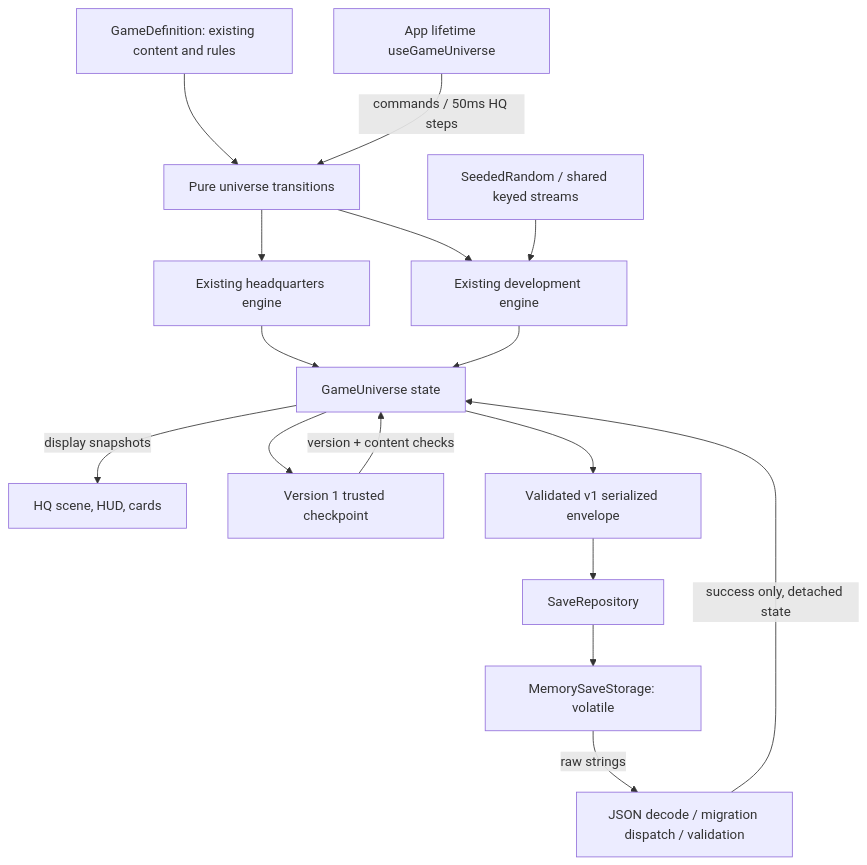
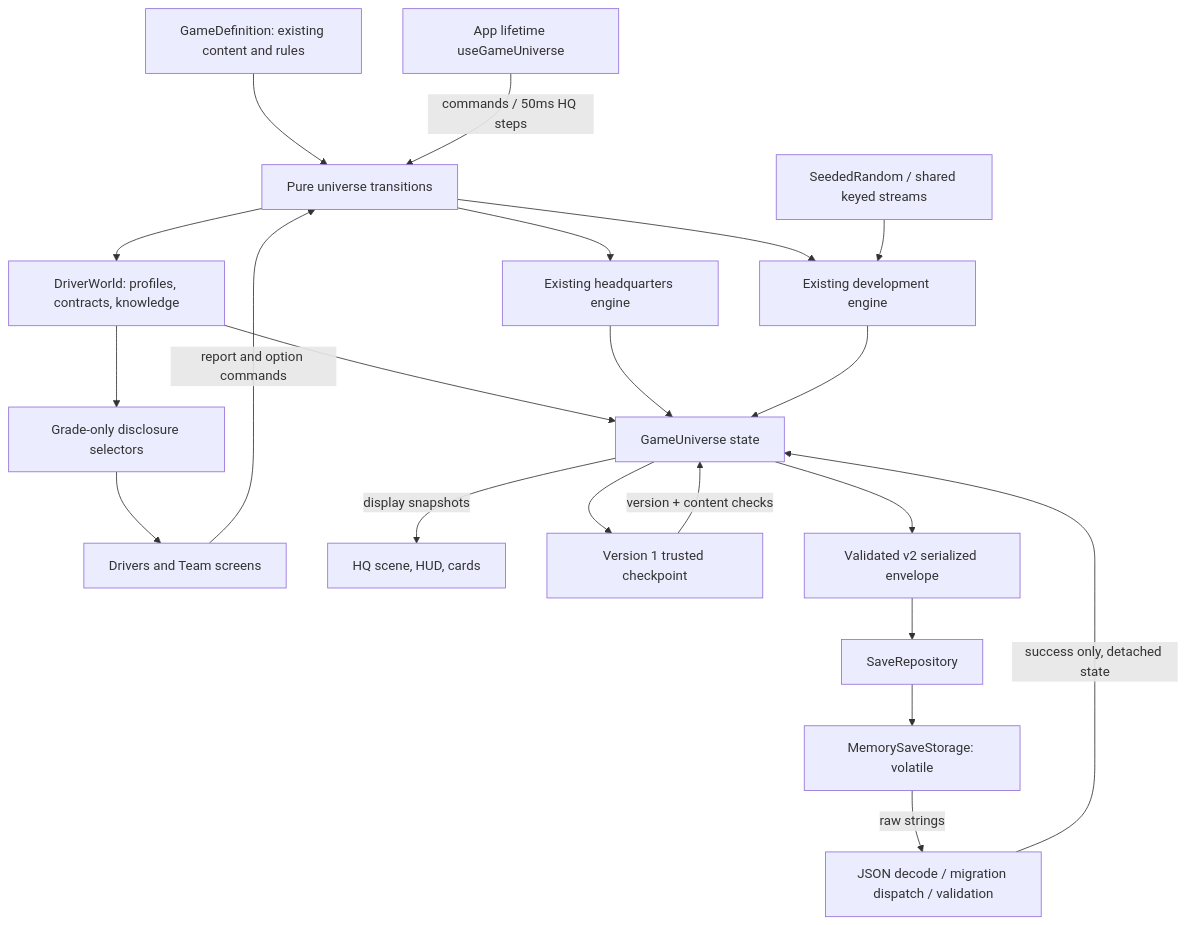
Before and after one commit to BoosterGold85/FormulaTycoon: the diagram in docs/SYSTEM_MAP.md, drawn with Mermaid. The commit also changed other lines of this file and 41 other files, not shown here.

Commit message:
feat: add canonical 2026 driver world, contracts and scouting

````diff
--- a/docs/SYSTEM_MAP.md
+++ b/docs/SYSTEM_MAP.md
@@ -5,18 +5,23 @@
 ```mermaid
 flowchart TD
     Definition[GameDefinition: existing content and rules] --> Universe[Pure universe transitions]
     Universe --> HQ[Existing headquarters engine]
     Universe --> Dev[Existing development engine]
+    Universe --> Drivers[DriverWorld: profiles, contracts, knowledge]
+    Drivers --> State
+    Drivers --> Disclosure[Grade-only disclosure selectors]
+    Disclosure --> DriverUI[Drivers and Team screens]
+    DriverUI -->|report and option commands| Universe
     HQ --> State[GameUniverse state]
     Dev --> State
     App[App lifetime useGameUniverse] -->|commands / 50ms HQ steps| Universe
     State -->|display snapshots| UI[HQ scene, HUD, cards]
     State --> Checkpoint[Version 1 trusted checkpoint]
     Checkpoint -->|version + content checks| State
-    State --> Envelope[Validated v1 serialized envelope]
+    State --> Envelope[Validated v2 serialized envelope]
     Envelope --> Repo[SaveRepository]
     Repo --> Memory[MemorySaveStorage: volatile]
     Memory -->|raw strings| Decode[JSON decode / migration dispatch / validation]
     Decode -->|success only, detached state| State
     RNG[SeededRandom / shared keyed streams] --> Dev
 ```
````
